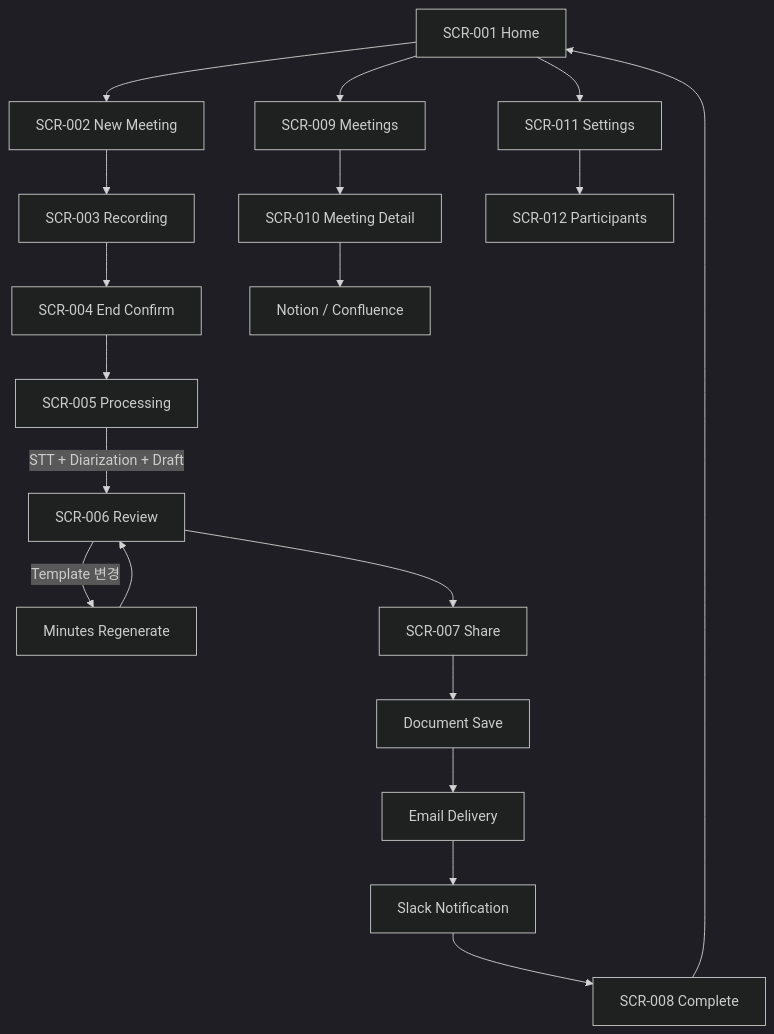
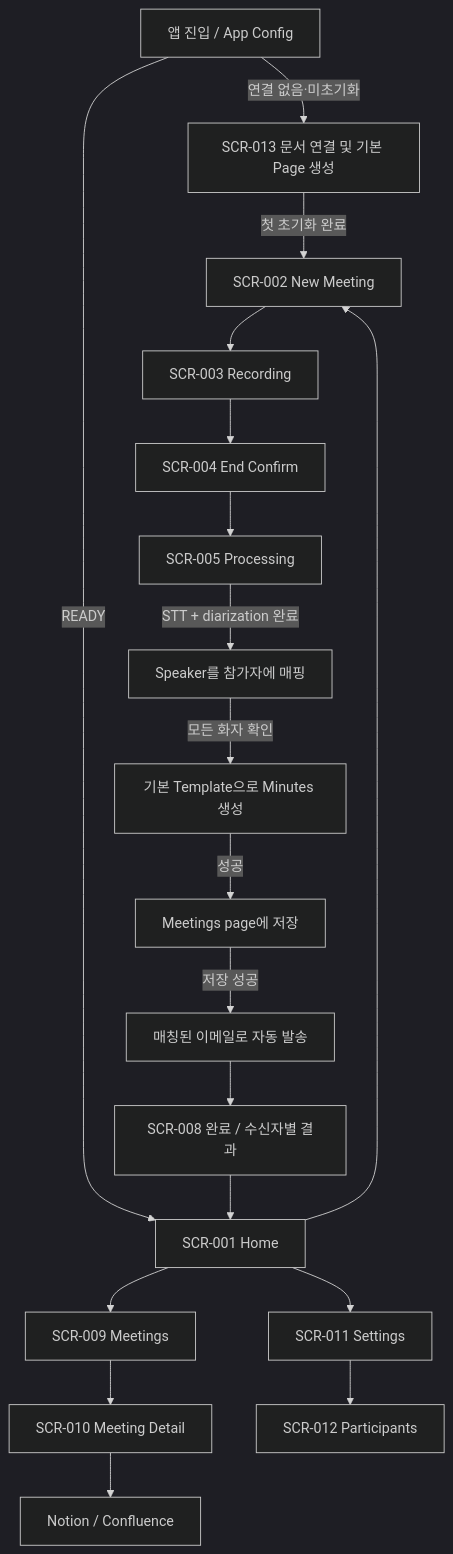
The second of 7 diagrams in docs/product/PRD.md (donghyunlee-dev/meeting-automation), drawn with Mermaid (dark theme) before and after one commit. The commit also changed other lines of this file and 11 other files, not shown here.

````diff
--- a/docs/product/PRD.md
+++ b/docs/product/PRD.md
@@ -371,23 +384,23 @@
 ``` mermaid
 flowchart TD
-    H[SCR-001 Home] --> N[SCR-002 New Meeting]
+    ENTRY[앱 진입 / App Config] -->|연결 없음·미초기화| SETUP[SCR-013 문서 연결 및 기본 Page 생성]
+    ENTRY -->|READY| H[SCR-001 Home]
+    SETUP -->|첫 초기화 완료| N[SCR-002 New Meeting]
+    H --> N
     N --> R[SCR-003 Recording]
     R --> X[SCR-004 End Confirm]
     X --> P[SCR-005 Processing]
-    P -->|STT + Diarization + Draft| V[SCR-006 Review]
-    V -->|Template 변경| G[Minutes Regenerate]
-    G --> V
-    V --> S[SCR-007 Share]
-    S --> D[Document Save]
-    D --> E[Email Delivery]
-    E --> L[Slack Notification]
-    L --> C[SCR-008 Complete]
+    P -->|STT + diarization 완료| MAP[Speaker를 참가자에 매핑]
+    MAP -->|모든 화자 확인| GEN[기본 Template으로 Minutes 생성]
+    GEN -->|성공| D[Meetings page에 저장]
+    D -->|저장 성공| E[매칭된 이메일로 자동 발송]
+    E --> C[SCR-008 완료 / 수신자별 결과]
     C --> H
 
     H --> M[SCR-009 Meetings]
     M --> MD[SCR-010 Meeting Detail]
     MD --> DP[Notion / Confluence]
 
     H --> ST[SCR-011 Settings]
     ST --> PT[SCR-012 Participants]
 ```
````
